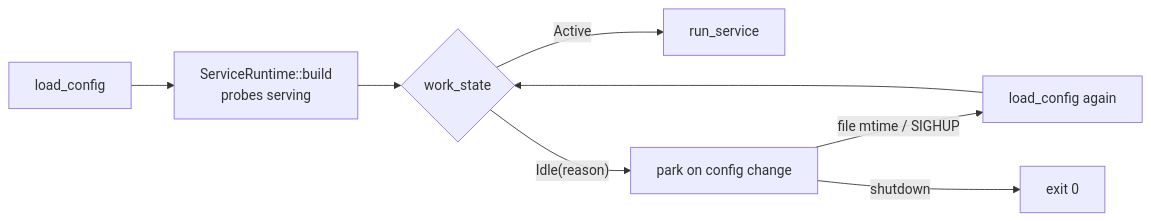
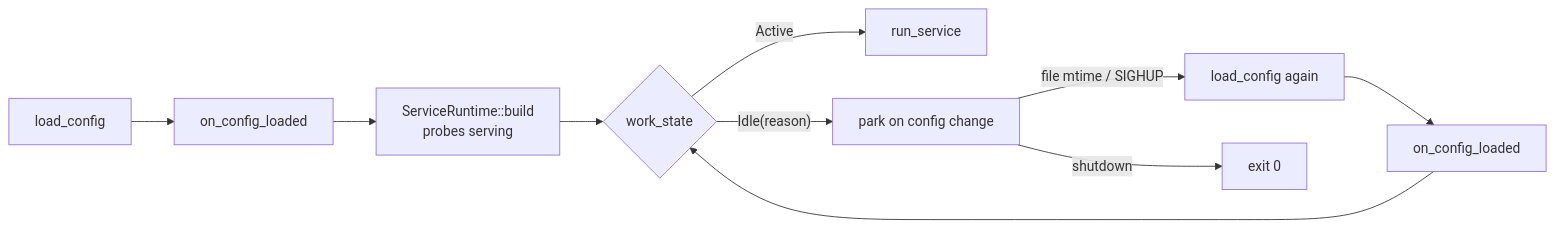
Before and after one commit to hyperi-io/scalo-rs: the diagram in docs/core-pillars/lifecycle.md, drawn with Mermaid. The commit also changed other lines of this file and 2 other files, not shown here.

Commit message:
fix: report config warnings before the idle gate (#415)
An app's startup config warnings lived in run_service, the first hook with
a logger, so an app idling with no work never reported a setting it
accepted but would not apply. ServiceApp::on_config_loaded runs once per
loaded config, logger up and before the gate, and again for each config the
gate reloads.

Closes #69

````diff
--- a/docs/core-pillars/lifecycle.md
+++ b/docs/core-pillars/lifecycle.md
@@ -43,10 +45,12 @@
 ```mermaid
 flowchart LR
-    L["load_config"] --> R["ServiceRuntime::build<br/>probes serving"]
+    L["load_config"] --> H["on_config_loaded"]
+    H --> R["ServiceRuntime::build<br/>probes serving"]
     R --> W{"work_state"}
     W -->|Active| S["run_service"]
     W -->|"Idle(reason)"| P["park on config change"]
     P -->|"file mtime / SIGHUP"| L2["load_config again"]
-    L2 --> W
+    L2 --> H2["on_config_loaded"]
+    H2 --> W
     P -->|shutdown| X["exit 0"]
 ```
````
